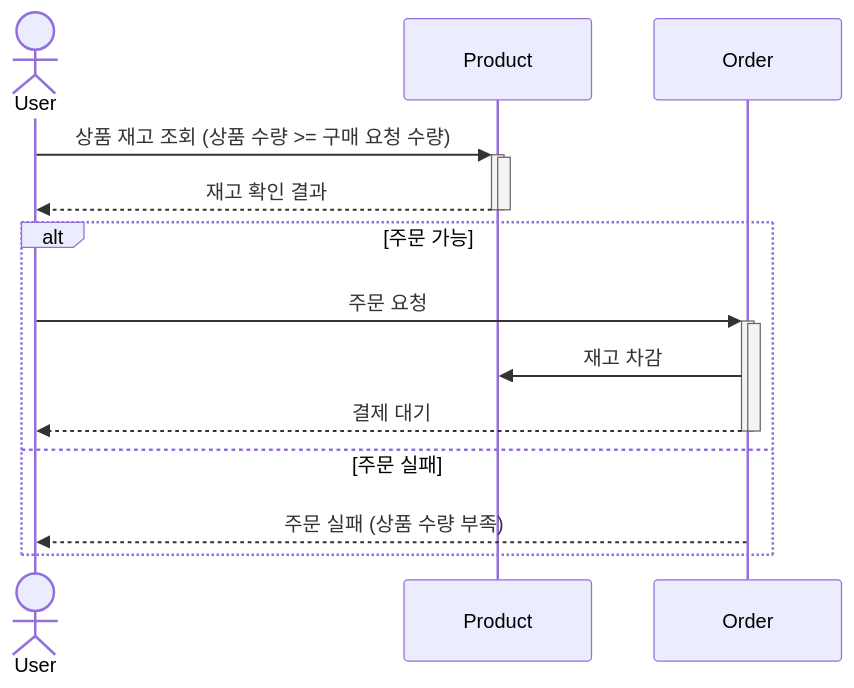
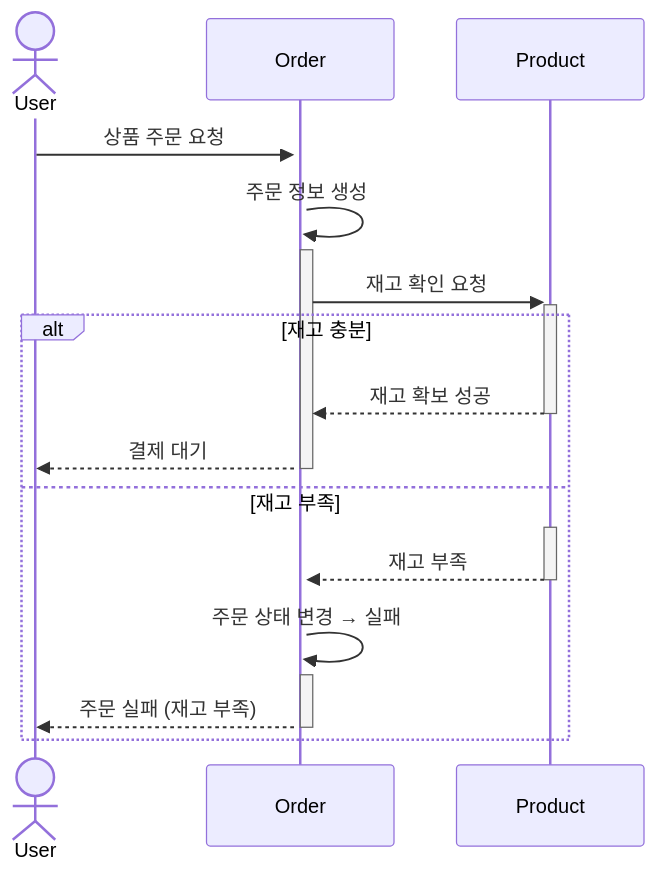
Before and after one commit to Ssoyoung-J/e-commerce-service: the fifth of 9 diagrams in docs/SequenceDiagram.md, drawn with Mermaid. The commit also changed other lines of this file, not shown here.

Commit message:
docs: SequenceDiagram 2.0

````diff
--- a/docs/SequenceDiagram.md
+++ b/docs/SequenceDiagram.md
@@ -50,21 +52,19 @@
 ```mermaid
 sequenceDiagram
     actor User
+    participant Order
     participant Product
-    participant Order
 
-    User ->>+ Product : 상품 재고 조회 (상품 수량 >= 구매 요청 수량)
-    activate Product
-    Product -->>- User : 재고 확인 결과
-    deactivate Product
-
-    alt 주문 가능
-        User ->>+ Order: 주문 요청
-        activate Order
-        Order ->> Product : 재고 차감
+    User ->>+ Order : 상품 주문 요청
+    Order ->>+ Order : 주문 정보 생성
+    Order ->>+ Product : 재고 확인 요청
+    alt 재고 충분
+        Product -->>- Order : 재고 확보 성공
         Order -->>- User : 결제 대기
-        deactivate Order
-    else 주문 실패
-        Order -->> User : 주문 실패 (상품 수량 부족)
+    else 재고 부족
+        activate Product
+        Product -->>- Order : 재고 부족
+        Order ->>+ Order : 주문 상태 변경 → 실패
+        Order -->>- User : 주문 실패 (재고 부족)
     end
 ```
````
